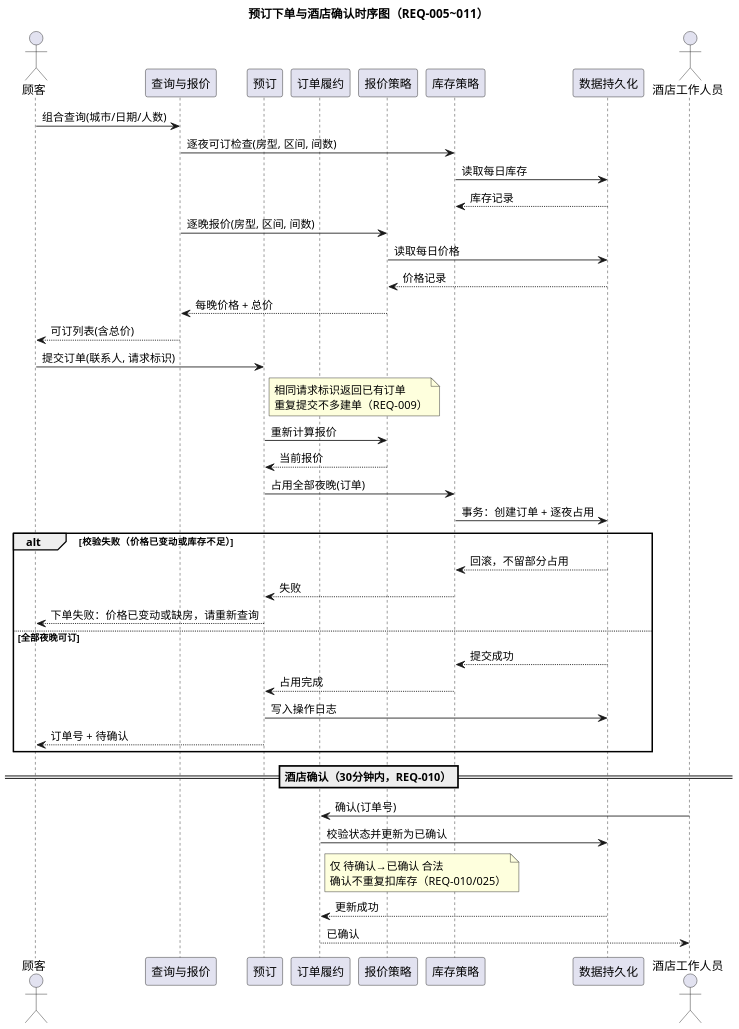
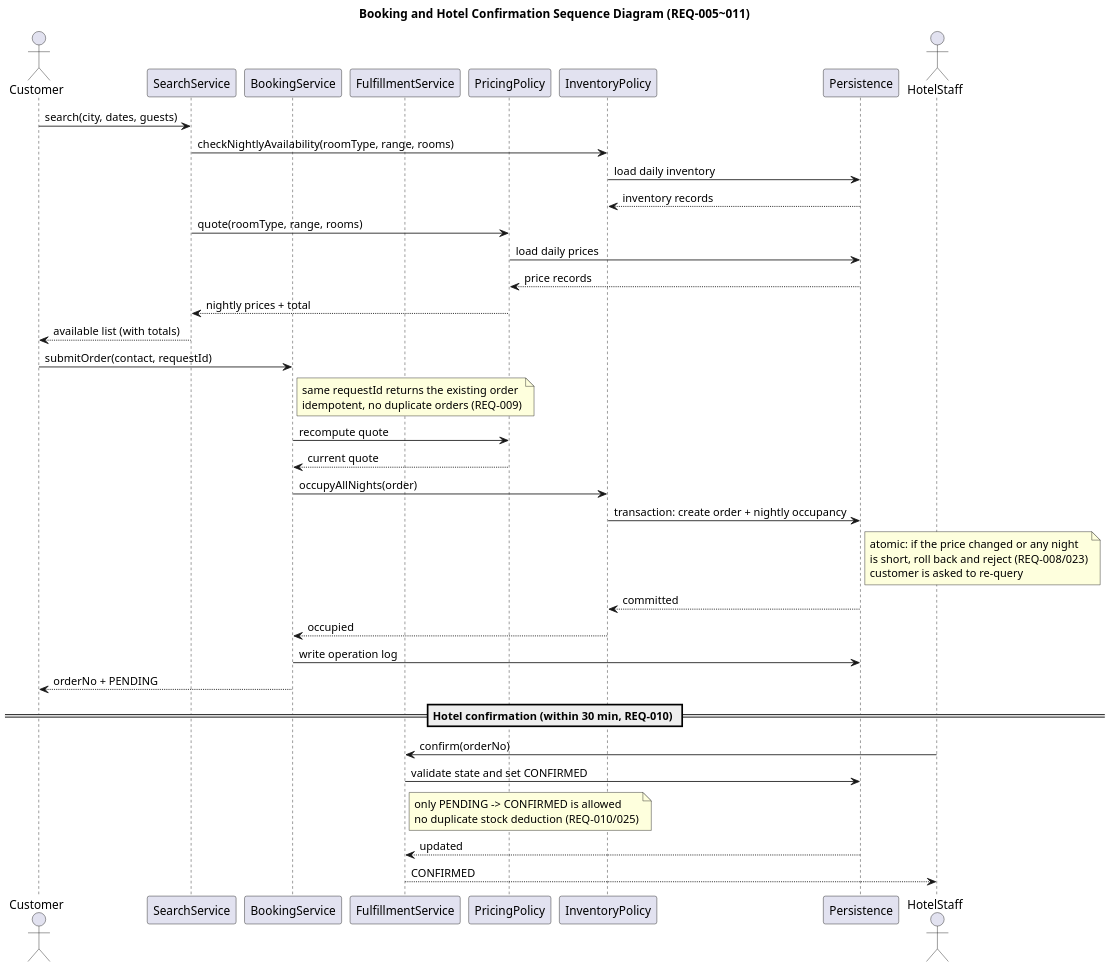
Before and after one commit to yangjinlingzhuo/se-lab1-hotel-booking: the diagram in lab2/实验2_231220170_央金灵卓/UML/UML时序图.puml, drawn with PlantUML. The commit also changed 14 other files, not shown here.

Commit message:
人工反馈+AI修改(lab2): 时序图英文化并删除 alt 分支

```diff
--- a/lab2/实验2_231220170_央金灵卓/UML/UML时序图.puml
+++ b/lab2/实验2_231220170_央金灵卓/UML/UML时序图.puml
@@ -1,52 +1,46 @@
 @startuml UML时序图
-title 预订下单与酒店确认时序图（REQ-005~011）
+title Booking and Hotel Confirmation Sequence Diagram (REQ-005~011)
 
 skinparam dpi 150
-skinparam defaultFontName "PingFang SC"
+skinparam defaultFontName "Helvetica Neue"
 
-actor 顾客
-participant "查询与报价" as Search
-participant "预订" as Booking
-participant "订单履约" as Fulfill
-participant "报价策略" as Pricing
-participant "库存策略" as Inventory
-participant "数据持久化" as DB
-actor "酒店工作人员" as Staff
+actor Customer
+participant "SearchService" as Search
+participant "BookingService" as Booking
+participant "FulfillmentService" as Fulfill
+participant "PricingPolicy" as Pricing
+participant "InventoryPolicy" as Inventory
+participant "Persistence" as DB
+actor "HotelStaff" as Staff
 
-顾客 -> Search : 组合查询(城市/日期/人数)
-Search -> Inventory : 逐夜可订检查(房型, 区间, 间数)
-Inventory -> DB : 读取每日库存
-DB --> Inventory : 库存记录
-Search -> Pricing : 逐晚报价(房型, 区间, 间数)
-Pricing -> DB : 读取每日价格
-DB --> Pricing : 价格记录
-Pricing --> Search : 每晚价格 + 总价
-Search --> 顾客 : 可订列表(含总价)
+Customer -> Search : search(city, dates, guests)
+Search -> Inventory : checkNightlyAvailability(roomType, range, rooms)
+Inventory -> DB : load daily inventory
+DB --> Inventory : inventory records
+Search -> Pricing : quote(roomType, range, rooms)
+Pricing -> DB : load daily prices
+DB --> Pricing : price records
+Pricing --> Search : nightly prices + total
+Search --> Customer : available list (with totals)
 
-顾客 -> Booking : 提交订单(联系人, 请求标识)
-note right of Booking : 相同请求标识返回已有订单\n重复提交不多建单（REQ-009）
-Booking -> Pricing : 重新计算报价
-Pricing --> Booking : 当前报价
-Booking -> Inventory : 占用全部夜晚(订单)
-Inventory -> DB : 事务：创建订单 + 逐夜占用
+Customer -> Booking : submitOrder(contact, requestId)
+note right of Booking : same requestId returns the existing order\nidempotent, no duplicate orders (REQ-009)
+Booking -> Pricing : recompute quote
+Pricing --> Booking : current quote
+Booking -> Inventory : occupyAllNights(order)
+Inventory -> DB : transaction: create order + nightly occupancy
+note right of DB : atomic: if the price changed or any night\nis short, roll back and reject (REQ-008/023)\ncustomer is asked to re-query
+DB --> Inventory : committed
+Inventory --> Booking : occupied
+Booking -> DB : write operation log
+Booking --> Customer : orderNo + PENDING
 
-alt 校验失败（价格已变动或库存不足）
-  DB --> Inventory : 回滚，不留部分占用
-  Inventory --> Booking : 失败
-  Booking --> 顾客 : 下单失败：价格已变动或缺房，请重新查询
-else 全部夜晚可订
-  DB --> Inventory : 提交成功
-  Inventory --> Booking : 占用完成
-  Booking -> DB : 写入操作日志
-  Booking --> 顾客 : 订单号 + 待确认
-end
+== Hotel confirmation (within 30 min, REQ-010) ==
 
-== 酒店确认（30分钟内，REQ-010）==
-
-Staff -> Fulfill : 确认(订单号)
-Fulfill -> DB : 校验状态并更新为已确认
-note right of Fulfill : 仅 待确认→已确认 合法\n确认不重复扣库存（REQ-010/025）
-DB --> Fulfill : 更新成功
-Fulfill --> Staff : 已确认
+Staff -> Fulfill : confirm(orderNo)
+Fulfill -> DB : validate state and set CONFIRMED
+note right of Fulfill : only PENDING -> CONFIRMED is allowed\nno duplicate stock deduction (REQ-010/025)
+DB --> Fulfill : updated
+Fulfill --> Staff : CONFIRMED
 
 @enduml
```
